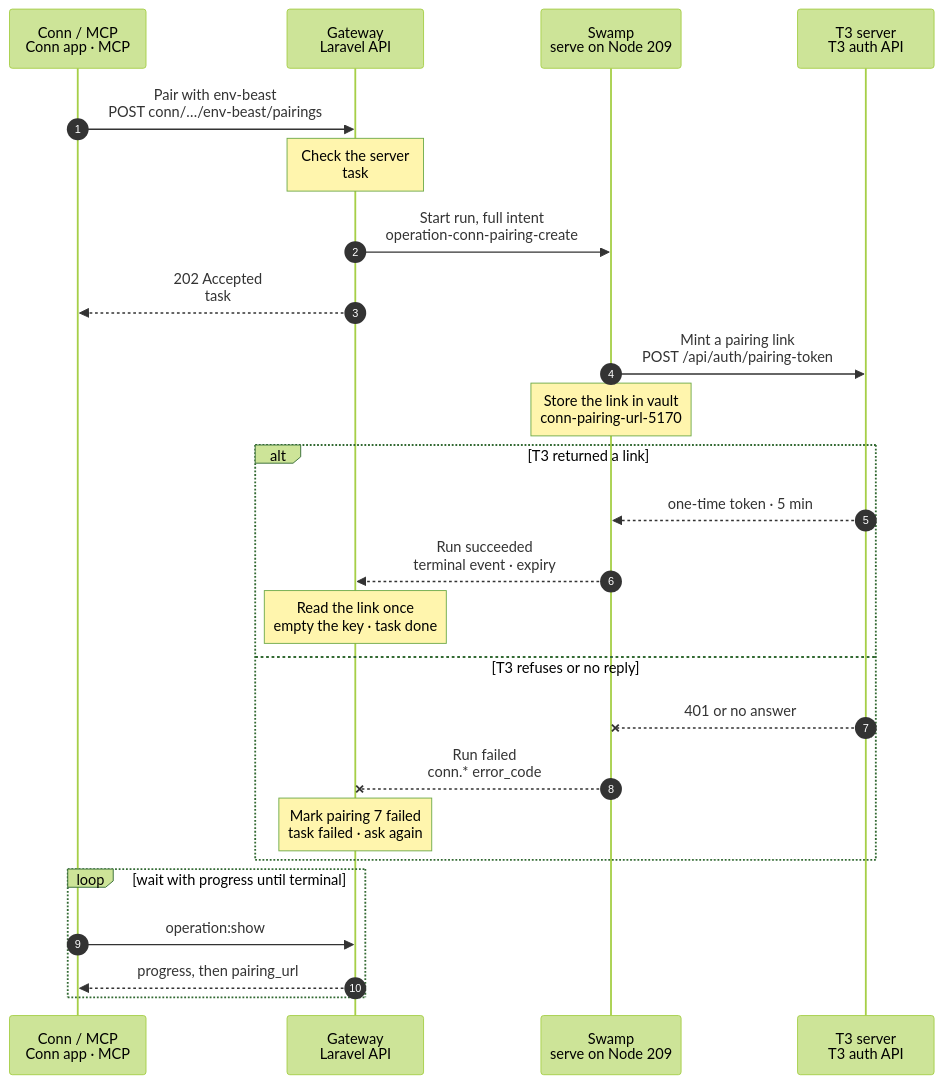
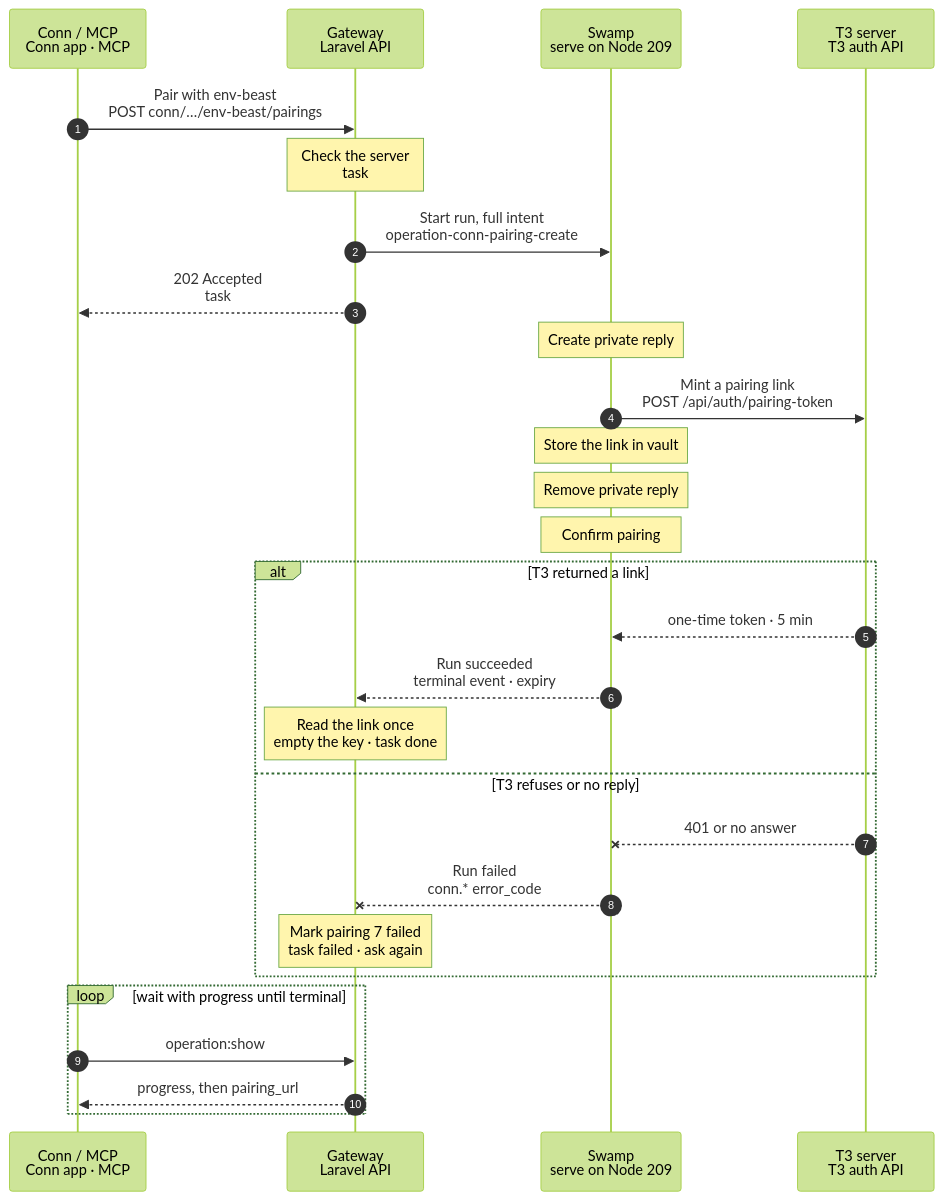
Before and after one commit to hardimpactdev/orbit: the diagram in docs/cli/conn/pairing-create.mmd, drawn with Mermaid (forest theme). The commit also changed 16 other files, not shown here.

```diff
--- a/docs/cli/conn/pairing-create.mmd
+++ b/docs/cli/conn/pairing-create.mmd
@@ -1,92 +1,104 @@
 sequenceDiagram
   %% Target design: ADR 0244 task, DECISIONS R1 (an external API call is an effect, so it is a run), R2-R4, env_import vault pattern. docs/reference/conn.md#pairing-operations.
-  %% status: draft
+  %% status: migrated
   %% command: none · Conn API (conn-pairing-create)
   %% kind: conn.pairing_create
   autonumber
   %% lane CLI icon=terminal pill=caller tone=gray
   %% lane GW icon=gateway pill=intent tone=blue
   %% lane SW icon=workflow pill=executes tone=green
   %% lane T3 icon=server pill=target tone=purple
   participant CLI as Conn / MCP<br/>Conn app · MCP
   participant GW as Gateway<br/>Laravel API
   participant SW as Swamp<br/>serve on Node 209
   participant T3 as T3 server<br/>T3 auth API
   CLI->>GW: Pair with env-beast<br/>POST conn/…/env-beast/pairings
   %%> Command:
   %%> - `POST /api/v1/conn/environments/env-beast/pairings` from the Conn app on the phone
   %%> - syntax: the MCP tool `conn-pairing-create` with `environment`
   %%> Input:
   %%> - the registered T3 server; the calling Node, such as `phone`, is who gets paired
   %%> Not included:
   %%> - there is no `orbit` command
   Note over GW: Check the server<br/>task #5170 · session to vault
   %%> Requirements:
   %%> - the `conn` extension is on; the caller is an active Node; Conn needs no access grant
   %%> - env-beast is registered and the Gateway's admin session there has not expired, else `conn.session_expired`
   %%> What it does:
   %%> - records pairing 7 with a unique client label, such as `phone via Orbit k3j9x0qa`
   %%> - pushes the admin session to the Swamp vault as `conn-session-5170` after commit (R3)
   %%> Why a run:
   %%> - calling T3's API is an effect; the Gateway's only execution primitives are mint and sign
   %%> Result:
   %%> - task #5170 recorded with the full intent
   GW->>SW: Start run, full intent<br/>operation-conn-pairing-create
   %%> What it does:
   %%> - starts one Swamp run on serve (Node 209); no Node is a target
   %%> Inputs:
   %%> - the T3 server URL, the client label, and the vault key names; never the session
   GW-->>CLI: 202 Accepted<br/>task #5170
   %%> What you get:
   %%> - the task number, at once
   %%> Next:
   %%> - the caller waits on the task and shows its progress; the run takes about a second
+  Note over SW: Create private reply
+  %%> How:
+  %%> - mktemp creates a private directory for the T3 response
   SW->>T3: Mint a pairing link<br/>POST /api/auth/pairing-token
   %%> How:
   %%> - one HTTPS request from 209, with the admin session from `vault.get`
   %%> What it does:
   %%> - asks T3 for a one-time pairing token with T3's administrative scopes and the admitted client label
-  Note over SW: Store the link in vault<br/>conn-pairing-url-5170
+  Note over SW: Store the link in vault
+  %%> How:
+  %%> - a typed data method reads the private response and publishes the credential as a native sensitive field
+  %%> - its resource instance is unique to pairing 7, so concurrent pairings have different vault keys
   %%> What it does:
-  %%> - writes the `pairing_url` to the vault key `conn-pairing-url-5170`
+  %%> - writes the credential to the native key for pairing 7 and returns only public metadata and its key name
   %%> Not included:
   %%> - the link never goes into step outputs, the run's result or a log
+  Note over SW: Remove private reply
+  %%> How:
+  %%> - declared completed or skipped dependencies clean up after failure too
+  Note over SW: Confirm pairing
+  %%> Check:
+  %%> - the native assert requires a stored sensitive output and successful cleanup
   alt T3 returned a link
     T3-->>SW: one-time token · 5 min
     %%> Returns:
     %%> - the token and its expiry
     SW-->>GW: Run succeeded<br/>terminal event · expiry
     %%> How the Gateway learns it:
     %%> - its shared run reader sees the terminal event; Swamp never calls the Gateway
     %%> Returns:
     %%> - only public metadata: the expiry
     Note over GW: Read the link once<br/>empty the key · task done
     %%> What it does:
-    %%> - reads `conn-pairing-url-5170` once, keeps the link encrypted on pairing 7, then deletes the key with the native `vault.delete` frame
+    %%> - reads pairing 7's native credential key once, keeps the link encrypted on pairing 7, then deletes the key with the native `vault.delete` frame
     %%> Result:
     %%> - pairing 7 gets its issued and expiry times; task #5170 succeeds
   else T3 refuses or no reply
     T3--xSW: 401 or no answer
     %%> When:
     %%> - T3 refuses the admin session, cannot be reached, or answers with invalid data
     SW--xGW: Run failed<br/>conn.* error_code
     %%> The Gateway reads:
     %%> - the failed step and its safe error code, such as `conn.session_rejected`
     Note over GW: Mark pairing 7 failed<br/>task failed · ask again
     %%> Result:
     %%> - pairing 7 is marked failed; task #5170 fails
     %%> On the T3 server:
     %%> - a link minted before a lost reply stays unused and expires within minutes; that is harmless
     %%> Retry:
     %%> - ask again; it is a new task with a new label
   end
   loop wait with progress until terminal
     CLI->>GW: operation:show #5170
     %%> What it does:
     %%> - waits on the task and shows each step label as progress
     GW-->>CLI: progress, then pairing_url
     %%> Returns:
     %%> - the progress, and on success the `pairing_url` once; the Gateway then clears it from pairing 7
     %%> Next:
     %%> - the device opens the link right away and pairs; a second read gets 409
   end
```
